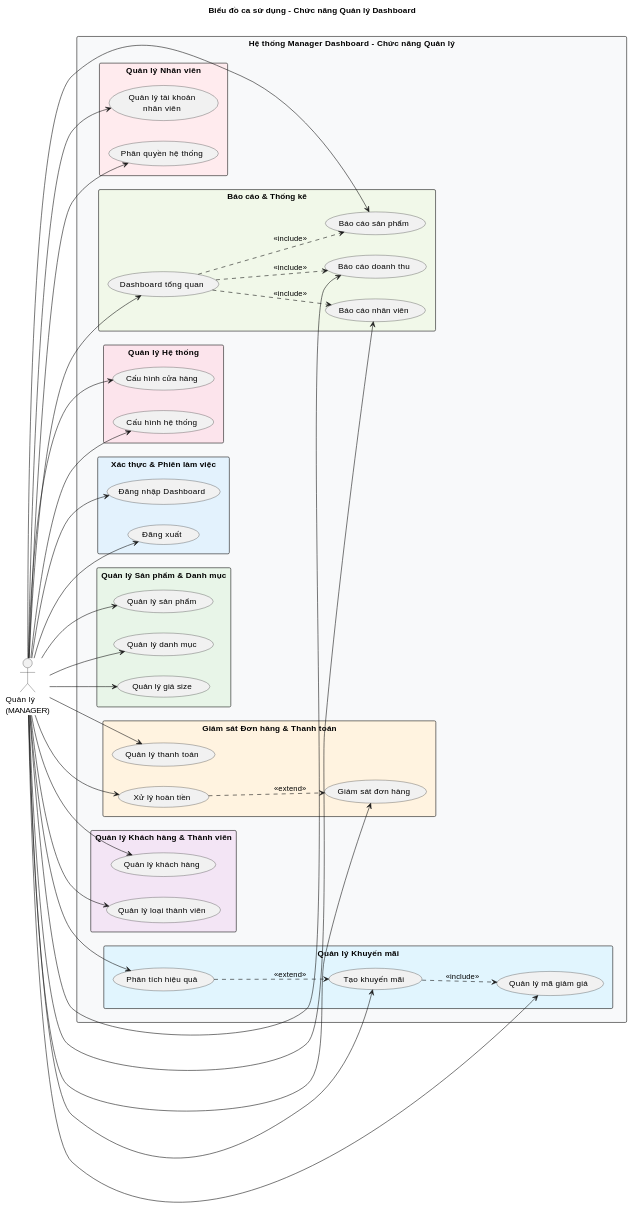
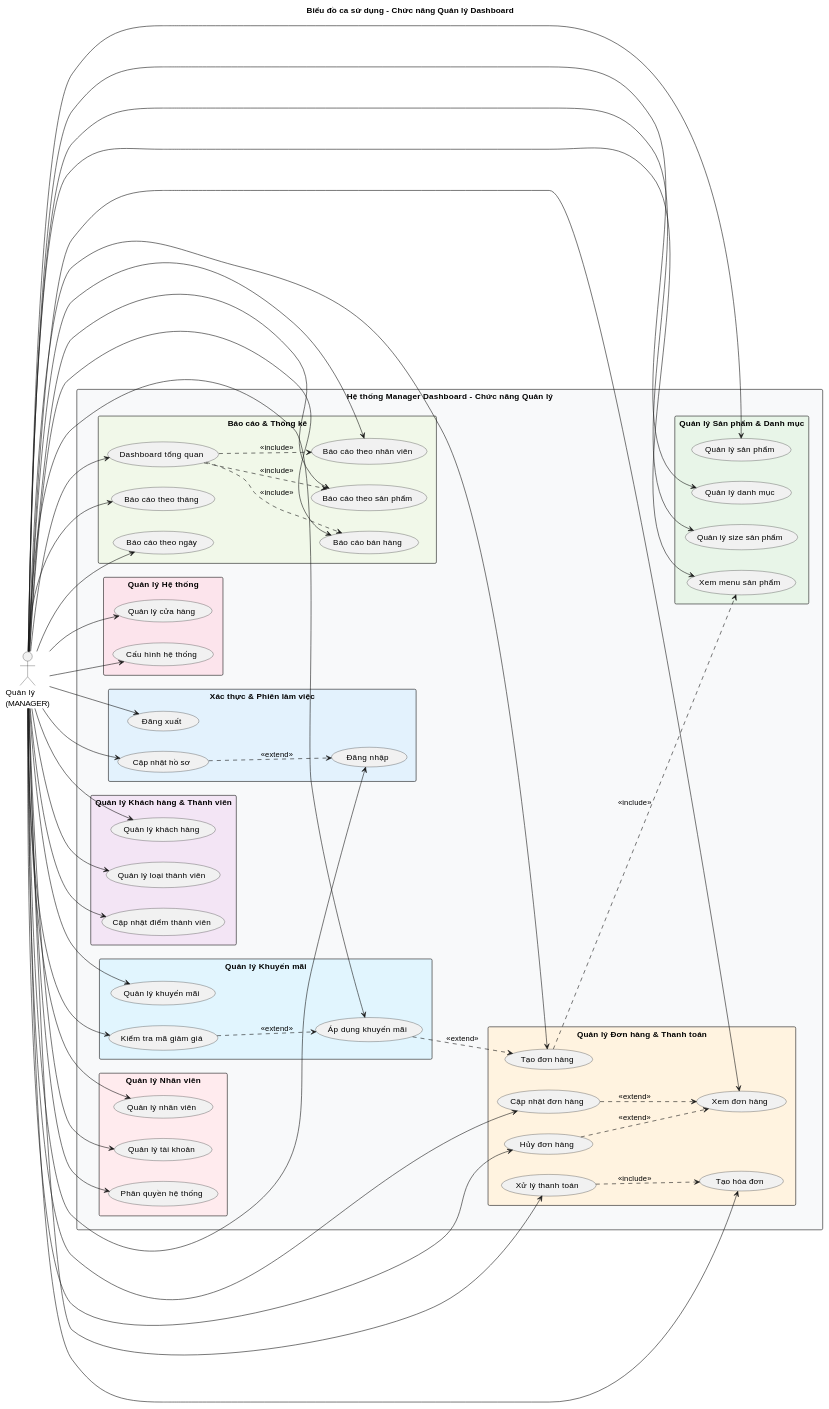
Before and after one commit to ptithcm-system-design-2025/boba-eco-system: diagram 15 of 24 in docs/report/Chương-3.md, drawn with PlantUML. The commit also changed other lines of this file, not shown here.

First line of the commit message:
docs: expand and revise Chapter 3 report content

````diff
--- a/docs/report/Chương-3.md
+++ b/docs/report/Chương-3.md
@@ -805,47 +878,56 @@
 rectangle "Hệ thống Manager Dashboard - Chức năng Quản lý" #f8f9fa {
 
   package "Xác thực & Phiên làm việc" #e3f2fd {
-    usecase "Đăng nhập Dashboard" as M_Login
+    usecase "Đăng nhập" as M_Login
     usecase "Đăng xuất" as M_Logout
+    usecase "Cập nhật hồ sơ" as M_UpdateProfile
   }
 
   package "Quản lý Sản phẩm & Danh mục" #e8f5e8 {
     usecase "Quản lý sản phẩm" as M_ManageProducts
     usecase "Quản lý danh mục" as M_ManageCategories
-    usecase "Quản lý giá size" as M_ManagePricing
+    usecase "Quản lý size sản phẩm" as M_ManageProductSizes
+    usecase "Xem menu sản phẩm" as M_ViewMenu
   }
 
-  package "Giám sát Đơn hàng & Thanh toán" #fff3e0 {
-    usecase "Giám sát đơn hàng" as M_MonitorOrders
-    usecase "Quản lý thanh toán" as M_ManagePayments
-    usecase "Xử lý hoàn tiền" as M_ProcessRefunds
+  package "Quản lý Đơn hàng & Thanh toán" #fff3e0 {
+    usecase "Tạo đơn hàng" as M_CreateOrder
+    usecase "Xem đơn hàng" as M_ViewOrders
+    usecase "Cập nhật đơn hàng" as M_UpdateOrder
+    usecase "Hủy đơn hàng" as M_CancelOrder
+    usecase "Xử lý thanh toán" as M_ProcessPayment
+    usecase "Tạo hóa đơn" as M_CreateInvoice
   }
 
   package "Quản lý Khách hàng & Thành viên" #f3e5f5 {
     usecase "Quản lý khách hàng" as M_ManageCustomers
     usecase "Quản lý loại thành viên" as M_ManageMembershipTypes
+    usecase "Cập nhật điểm thành viên" as M_UpdateMembershipPoints
   }
 
   package "Quản lý Khuyến mãi" #e1f5fe {
-    usecase "Tạo khuyến mãi" as M_CreatePromotions
-    usecase "Quản lý mã giảm giá" as M_ManageDiscounts
-    usecase "Phân tích hiệu quả" as M_AnalyzePromotions
+    usecase "Quản lý khuyến mãi" as M_ManagePromotions
+    usecase "Áp dụng khuyến mãi" as M_ApplyDiscount
+    usecase "Kiểm tra mã giảm giá" as M_ValidateDiscount
   }
 
   package "Quản lý Nhân viên" #ffebee {
-    usecase "Quản lý tài khoản\nnhân viên" as M_ManageStaff
-    usecase "Phân quyền hệ thống" as M_ManagePermissions
+    usecase "Quản lý nhân viên" as M_ManageEmployees
+    usecase "Quản lý tài khoản" as M_ManageAccounts
+    usecase "Phân quyền hệ thống" as M_ManageRoles
   }
 
   package "Báo cáo & Thống kê" #f1f8e9 {
     usecase "Dashboard tổng quan" as M_Dashboard
-    usecase "Báo cáo doanh thu" as M_RevenueReport
-    usecase "Báo cáo nhân viên" as M_StaffReport
-    usecase "Báo cáo sản phẩm" as M_ProductReport
+    usecase "Báo cáo bán hàng" as M_SalesReport
+    usecase "Báo cáo theo nhân viên" as M_EmployeeReport
+    usecase "Báo cáo theo sản phẩm" as M_ProductReport
+    usecase "Báo cáo theo tháng" as M_MonthlyReport
+    usecase "Báo cáo theo ngày" as M_DailyReport
   }
 
   package "Quản lý Hệ thống" #fce4ec {
-    usecase "Cấu hình cửa hàng" as M_ManageStore
+    usecase "Quản lý cửa hàng" as M_ManageStore
     usecase "Cấu hình hệ thống" as M_SystemConfig
   }
 }
@@ -853,35 +935,50 @@
 ' Manager associations
 Manager --> M_Login
 Manager --> M_Logout
+Manager --> M_UpdateProfile
 Manager --> M_ManageProducts
 Manager --> M_ManageCategories
-Manager --> M_ManagePricing
-Manager --> M_MonitorOrders
-Manager --> M_ManagePayments
-Manager --> M_ProcessRefunds
+Manager --> M_ManageProductSizes
+Manager --> M_ViewMenu
+Manager --> M_CreateOrder
+Manager --> M_ViewOrders
+Manager --> M_UpdateOrder
+Manager --> M_CancelOrder
+Manager --> M_ProcessPayment
+Manager --> M_CreateInvoice
 Manager --> M_ManageCustomers
 Manager --> M_ManageMembershipTypes
-Manager --> M_CreatePromotions
-Manager --> M_ManageDiscounts
-Manager --> M_AnalyzePromotions
-Manager --> M_ManageStaff
-Manager --> M_ManagePermissions
+Manager --> M_UpdateMembershipPoints
+Manager --> M_ManagePromotions
+Manager --> M_ApplyDiscount
+Manager --> M_ValidateDiscount
+Manager --> M_ManageEmployees
+Manager --> M_ManageAccounts
+Manager --> M_ManageRoles
 Manager --> M_Dashboard
-Manager --> M_RevenueReport
-Manager --> M_StaffReport
+Manager --> M_SalesReport
+Manager --> M_EmployeeReport
 Manager --> M_ProductReport
+Manager --> M_MonthlyReport
+Manager --> M_DailyReport
 Manager --> M_ManageStore
 Manager --> M_SystemConfig
 
 ' Include relationships (mandatory behavior)
-M_CreatePromotions ..> M_ManageDiscounts : <<include>>
-M_Dashboard ..> M_RevenueReport : <<include>>
-M_Dashboard ..> M_StaffReport : <<include>>
+' Use case lớn bao gồm use case nhỏ như một phần không thể thiếu
+M_CreateOrder ..> M_ViewMenu : <<include>>
+M_ProcessPayment ..> M_CreateInvoice : <<include>>
+M_Dashboard ..> M_SalesReport : <<include>>
+M_Dashboard ..> M_EmployeeReport : <<include>>
 M_Dashboard ..> M_ProductReport : <<include>>
 
 ' Extend relationships (optional behavior)
-M_AnalyzePromotions ..> M_CreatePromotions : <<extend>>
-M_ProcessRefunds ..> M_MonitorOrders : <<extend>>
+' Use case bổ sung chức năng cho use case có sẵn trong điều kiện nhất định
+M_ApplyDiscount ..> M_CreateOrder : <<extend>>
+M_ValidateDiscount ..> M_ApplyDiscount : <<extend>>
+M_UpdateProfile ..> M_Login : <<extend>>
+M_CancelOrder ..> M_ViewOrders : <<extend>>
+M_UpdateOrder ..> M_ViewOrders : <<extend>>
 
 @enduml
 ```
````
